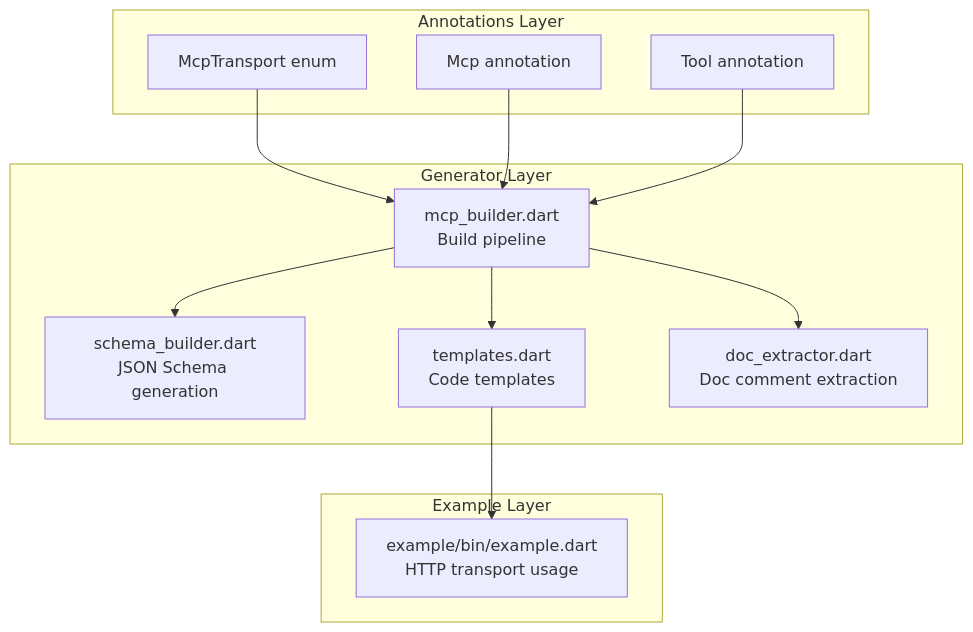
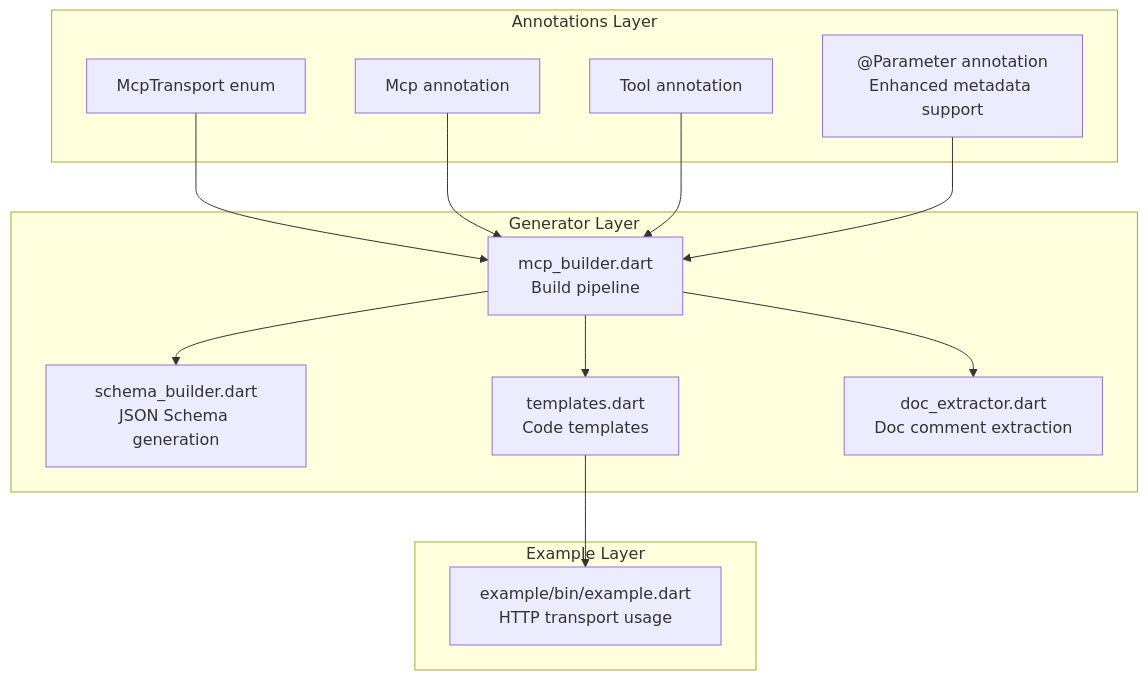
Before and after one commit to cdavis-code/easy_mcp_workspace: the second of 9 diagrams in .qoder/repowiki/en/content/Development Guide.md, drawn with Mermaid. The commit also changed other lines of this file and 4 other files, not shown here.

````diff
--- a/.qoder/repowiki/en/content/Development Guide.md
+++ b/.qoder/repowiki/en/content/Development Guide.md
@@ -91,24 +102,26 @@
 ```mermaid
 graph TB
 subgraph "Annotations Layer"
 A1["McpTransport enum"]
 A2["Mcp annotation"]
 A3["Tool annotation"]
+A4["@Parameter annotation<br/>Enhanced metadata support"]
 end
 subgraph "Generator Layer"
 G1["mcp_builder.dart<br/>Build pipeline"]
 G2["schema_builder.dart<br/>JSON Schema generation"]
 G3["templates.dart<br/>Code templates"]
 G4["doc_extractor.dart<br/>Doc comment extraction"]
 end
 subgraph "Example Layer"
 E1["example/bin/example.dart<br/>HTTP transport usage"]
 end
 A1 --> G1
 A2 --> G1
 A3 --> G1
+A4 --> G1
 G1 --> G2
 G1 --> G3
 G1 --> G4
 G3 --> E1
 ```
````
